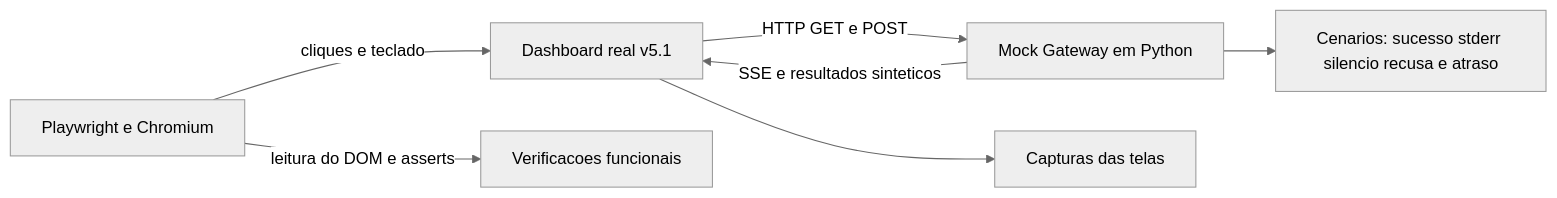
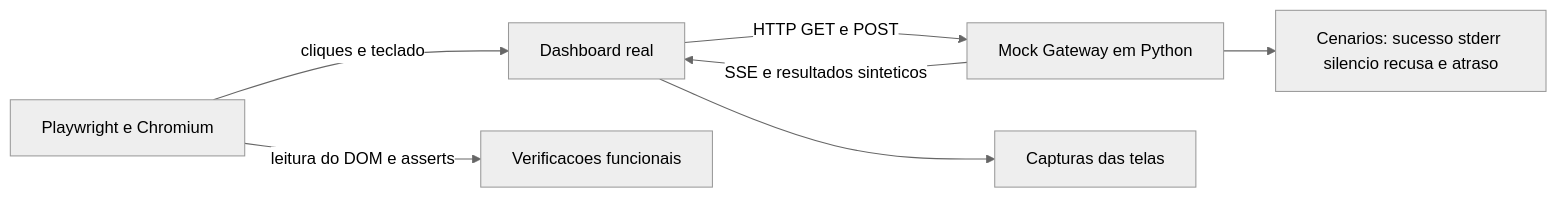
One commit to EliasCaua0/tunneus-gateway changed the diagram in docs/13-verificacao.md. Above: the diagram before and after it, drawn with Mermaid (neutral theme). The commit also changed 9 other files, not shown here.

````diff
--- a/docs/13-verificacao.md
+++ b/docs/13-verificacao.md
@@ -37,9 +37,9 @@
 ```mermaid
 flowchart LR
- T[Playwright e Chromium] -->|cliques e teclado| D[Dashboard real v5.1]
+ T[Playwright e Chromium] -->|cliques e teclado| D[Dashboard real]
  D -->|HTTP GET e POST| M[Mock Gateway em Python]
  M -->|SSE e resultados sinteticos| D
  T -->|leitura do DOM e asserts| V[Verificacoes funcionais]
  M --> C[Cenarios: sucesso stderr silencio recusa e atraso]
  D --> S[Capturas das telas]
 ```
````
